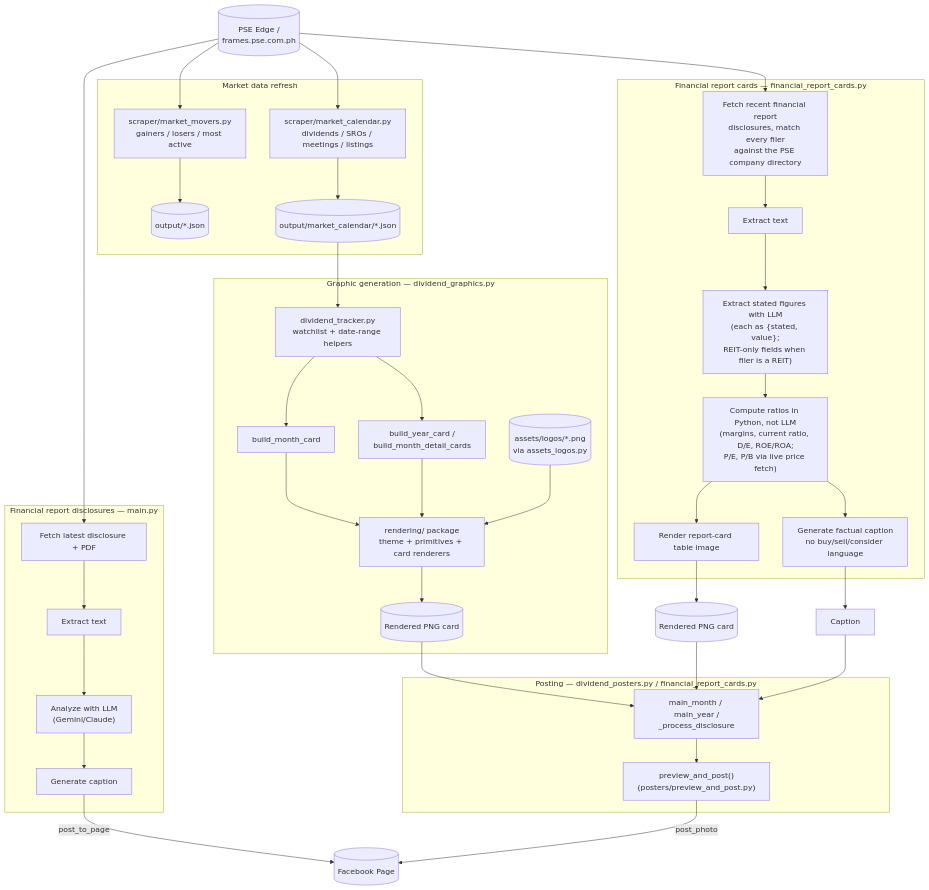
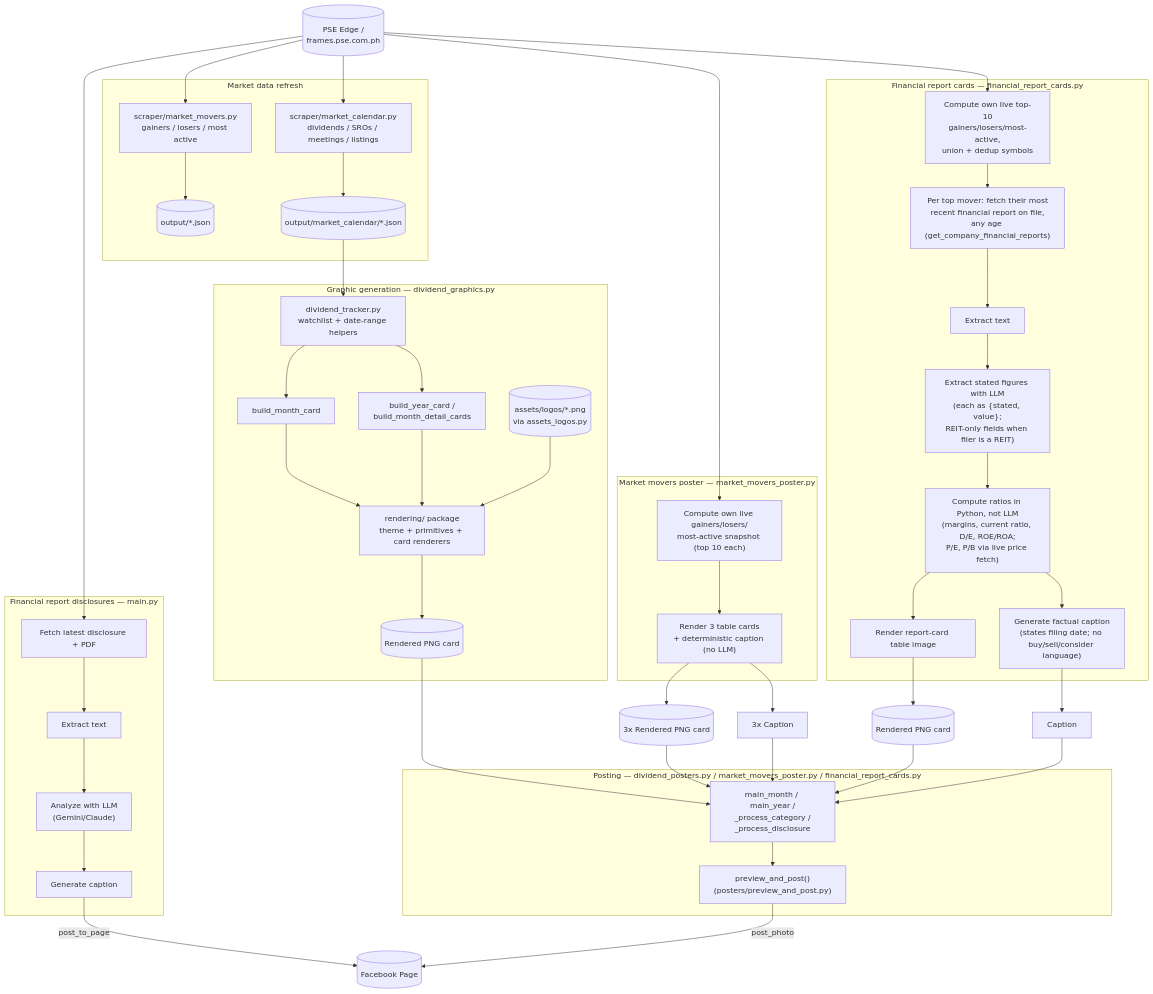
Before and after one commit to carljustineoyales/ai_financial_sns_page: the diagram in README.md, drawn with Mermaid. The commit also changed other lines of this file and 6 other files, not shown here.

````diff
--- a/README.md
+++ b/README.md
@@ -57,65 +71,77 @@
 ```mermaid
 flowchart TD
     PSE[(PSE Edge /\nframes.pse.com.ph)]
 
     subgraph Disclosures["Financial report disclosures — main.py"]
         D1[Fetch latest disclosure + PDF]
         D2[Extract text]
         D3["Analyze with LLM\n(Gemini/Claude)"]
         D4[Generate caption]
         D1 --> D2 --> D3 --> D4
     end
     PSE --> D1
 
-    subgraph ReitCards["Financial report cards — financial_report_cards.py"]
-        RC1["Fetch recent financial report\ndisclosures, match every filer\nagainst the PSE company directory"]
-        RC2[Extract text]
-        RC3["Extract stated figures with LLM\n(each as {stated, value};\nREIT-only fields when filer is a REIT)"]
-        RC6["Compute ratios in Python, not LLM\n(margins, current ratio, D/E, ROE/ROA;\nP/E, P/B via live price fetch)"]
-        RC4[Render report-card table image]
-        RC5[Generate factual caption\nno buy/sell/consider language]
-        RC1 --> RC2 --> RC3 --> RC6 --> RC4
-        RC6 --> RC5
-    end
-    PSE --> RC1
-    RC4 --> RCPNG[(Rendered PNG card)]
-    RC5 --> RCCAP[Caption]
-
     subgraph MarketData["Market data refresh"]
         M1["scraper/market_movers.py\ngainers / losers / most active"]
         M2["scraper/market_calendar.py\ndividends / SROs / meetings / listings"]
         OUT1[(output/*.json)]
         OUT2[(output/market_calendar/*.json)]
         M1 --> OUT1
         M2 --> OUT2
     end
     PSE --> M1
     PSE --> M2
+
+    subgraph MoversPoster["Market movers poster — market_movers_poster.py"]
+        MP1["Compute own live gainers/losers/\nmost-active snapshot (top 10 each)"]
+        MP2["Render 3 table cards\n+ deterministic caption (no LLM)"]
+        MP1 --> MP2
+    end
+    PSE --> MP1
+    MP2 --> MPPNG[(3x Rendered PNG card)]
+    MP2 --> MPCAP[3x Caption]
+
+    subgraph ReitCards["Financial report cards — financial_report_cards.py"]
+        RC0["Compute own live top-10\ngainers/losers/most-active,\nunion + dedup symbols"]
+        RC1["Per top mover: fetch their most\nrecent financial report on file,\nany age (get_company_financial_reports)"]
+        RC2[Extract text]
+        RC3["Extract stated figures with LLM\n(each as {stated, value};\nREIT-only fields when filer is a REIT)"]
+        RC6["Compute ratios in Python, not LLM\n(margins, current ratio, D/E, ROE/ROA;\nP/E, P/B via live price fetch)"]
+        RC4[Render report-card table image]
+        RC5["Generate factual caption\n(states filing date; no buy/sell/consider language)"]
+        RC0 --> RC1 --> RC2 --> RC3 --> RC6 --> RC4
+        RC6 --> RC5
+    end
+    PSE --> RC0
+    RC4 --> RCPNG[(Rendered PNG card)]
+    RC5 --> RCCAP[Caption]
 
     subgraph Graphics["Graphic generation — dividend_graphics.py"]
         WL["dividend_tracker.py\nwatchlist + date-range helpers"]
         G1[build_month_card]
         G2[build_year_card /\nbuild_month_detail_cards]
         R["rendering/ package\ntheme + primitives + card renderers"]
         LOGOS[(assets/logos/*.png\nvia assets_logos.py)]
         PNG[(Rendered PNG card)]
         WL --> G1 --> R
         WL --> G2 --> R
         LOGOS --> R
         R --> PNG
     end
     OUT2 --> WL
 
-    subgraph Posting["Posting — dividend_posters.py / financial_report_cards.py"]
-        P1[main_month / main_year /\n_process_disclosure]
+    subgraph Posting["Posting — dividend_posters.py / market_movers_poster.py / financial_report_cards.py"]
+        P1[main_month / main_year /\n_process_category /\n_process_disclosure]
         P2["preview_and_post()\n(posters/preview_and_post.py)"]
         P1 --> P2
     end
     PNG --> P1
+    MPPNG --> P1
+    MPCAP --> P1
     RCPNG --> P1
     RCCAP --> P1
 
     FB[(Facebook Page)]
     D4 -- post_to_page --> FB
     P2 -- post_photo --> FB
 ```
````
